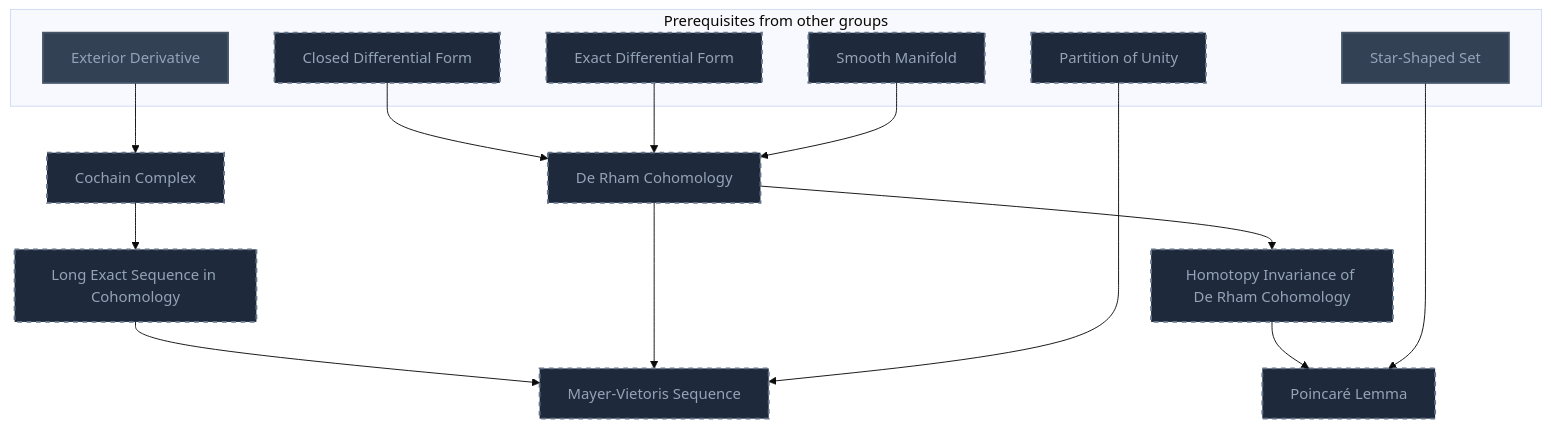
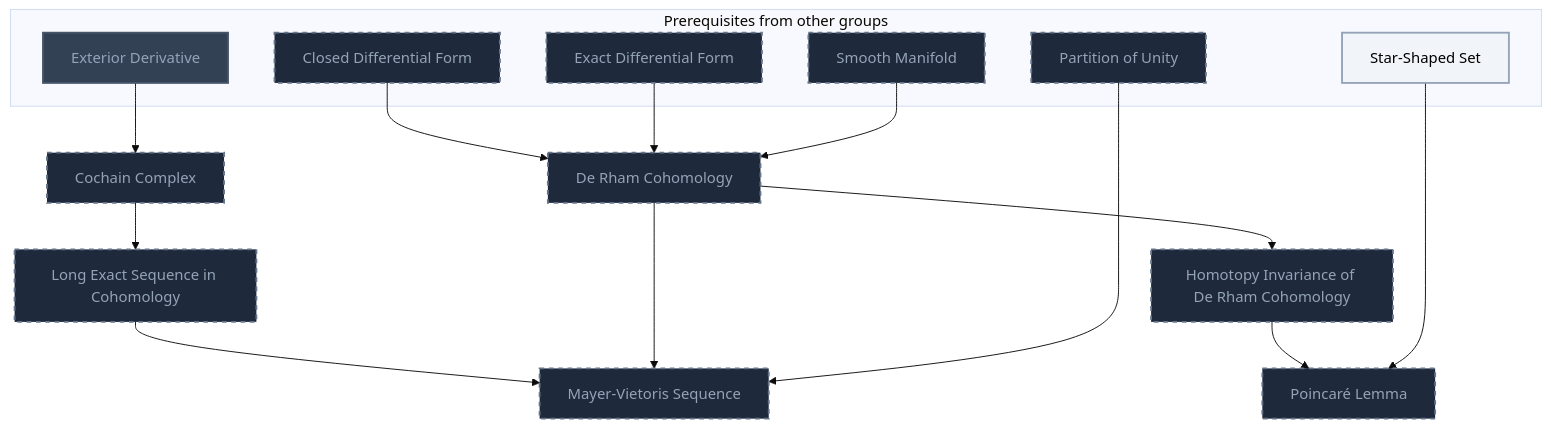
Before and after one commit to MRauf1/My-Notes: diagram 18 of 21 in Gamification/Skill Trees/Differential Geometry.md, drawn with Mermaid (base theme). The commit also changed other lines of this file and 145 other files, not shown here.

````diff
--- a/Gamification/Skill Trees/Differential Geometry.md
+++ b/Gamification/Skill Trees/Differential Geometry.md
@@ -1198,40 +1215,41 @@
 ```mermaid
 flowchart TD
     classDef planned fill:#1E293B,stroke:#64748B,stroke-width:2px,stroke-dasharray:5 5,color:#94A3B8;
     classDef locked fill:#334155,stroke:#475569,stroke-width:2px,color:#94A3B8;
     classDef L0 fill:#F1F5F9,stroke:#94A3B8,stroke-width:2px,color:#000000;
     classDef L1 fill:#22C55E,stroke:#15803D,stroke-width:2px,color:#000000;
     classDef L2 fill:#3B82F6,stroke:#1D4ED8,stroke-width:3px,color:#FFFFFF;
     classDef L3 fill:#A855F7,stroke:#6B21A8,stroke-width:3px,color:#FFFFFF,font-weight:bold;
     classDef L4 fill:#F97316,stroke:#C2410C,stroke-width:4px,color:#000000,font-weight:bold;
     classDef L5 fill:#FFD700,stroke:#FF8C00,stroke-width:5px,color:#000000,font-weight:bold;
     classDef rusty stroke:#8B4513,stroke-width:4px,stroke-dasharray:3 3;
     subgraph sg_prereqs["Prerequisites from other groups"]
         n_closed_differential_form["Closed Differential Form"]
         n_exact_differential_form["Exact Differential Form"]
         n_smooth_manifold["Smooth Manifold"]
         n_exterior_derivative["Exterior Derivative"]
         n_partition_of_unity["Partition of Unity"]
         n_star_shaped_set["Star-Shaped Set"]
     end
     n_de_rham_cohomology["De Rham Cohomology"]
     n_cochain_complex["Cochain Complex"]
     n_long_exact_sequence_in_cohomology["Long Exact Sequence in Cohomology"]
     n_mayer_vietoris_sequence["Mayer-Vietoris Sequence"]
     n_homotopy_invariance_of_de_rham_cohomology["Homotopy Invariance of De Rham Cohomology"]
     n_poincar_lemma["Poincaré Lemma"]
     n_closed_differential_form --> n_de_rham_cohomology
     n_exact_differential_form --> n_de_rham_cohomology
     n_smooth_manifold --> n_de_rham_cohomology
     n_exterior_derivative --> n_cochain_complex
     n_cochain_complex --> n_long_exact_sequence_in_cohomology
     n_long_exact_sequence_in_cohomology --> n_mayer_vietoris_sequence
     n_de_rham_cohomology --> n_mayer_vietoris_sequence
     n_partition_of_unity --> n_mayer_vietoris_sequence
     n_de_rham_cohomology --> n_homotopy_invariance_of_de_rham_cohomology
     n_homotopy_invariance_of_de_rham_cohomology --> n_poincar_lemma
     n_star_shaped_set --> n_poincar_lemma
     class n_closed_differential_form,n_exact_differential_form,n_smooth_manifold,n_partition_of_unity,n_de_rham_cohomology,n_cochain_complex,n_long_exact_sequence_in_cohomology,n_mayer_vietoris_sequence,n_homotopy_invariance_of_de_rham_cohomology,n_poincar_lemma planned;
-    class n_exterior_derivative,n_star_shaped_set locked;
+    class n_exterior_derivative locked;
+    class n_star_shaped_set L0;
     class n_exterior_derivative,n_star_shaped_set internal-link;
 ```
````
